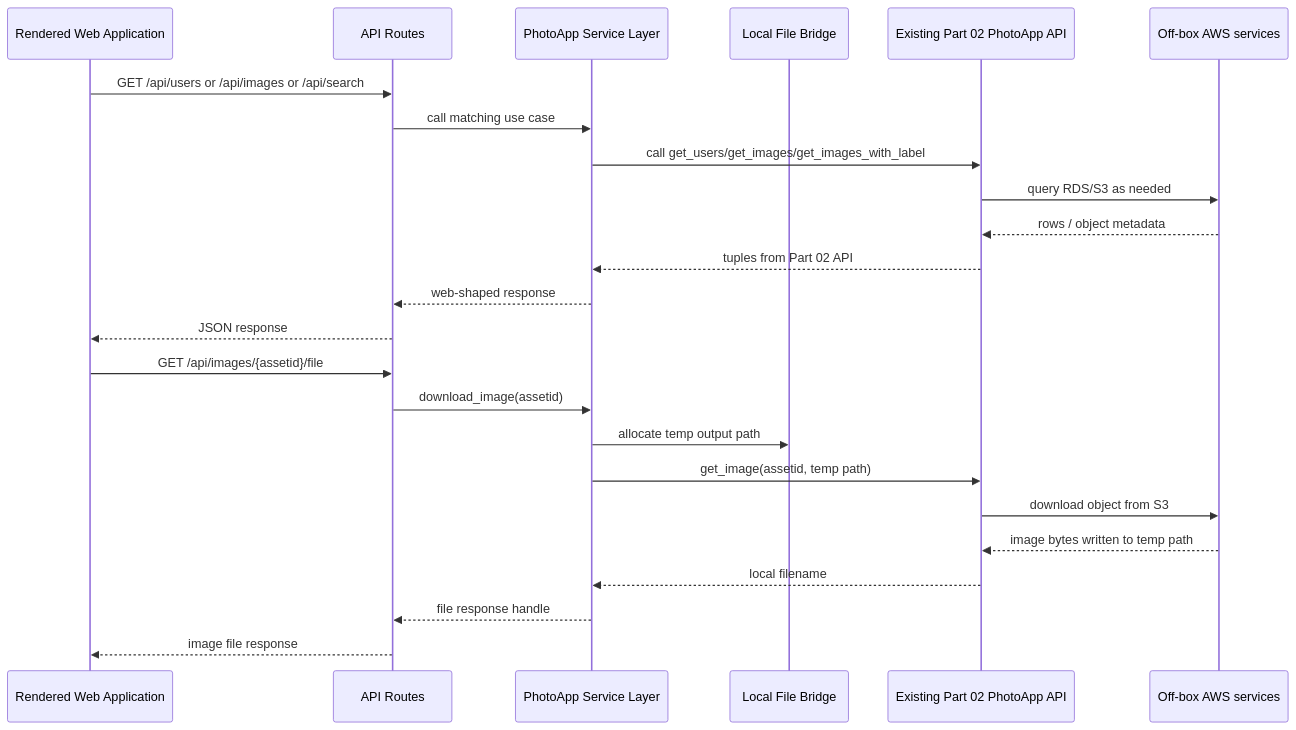
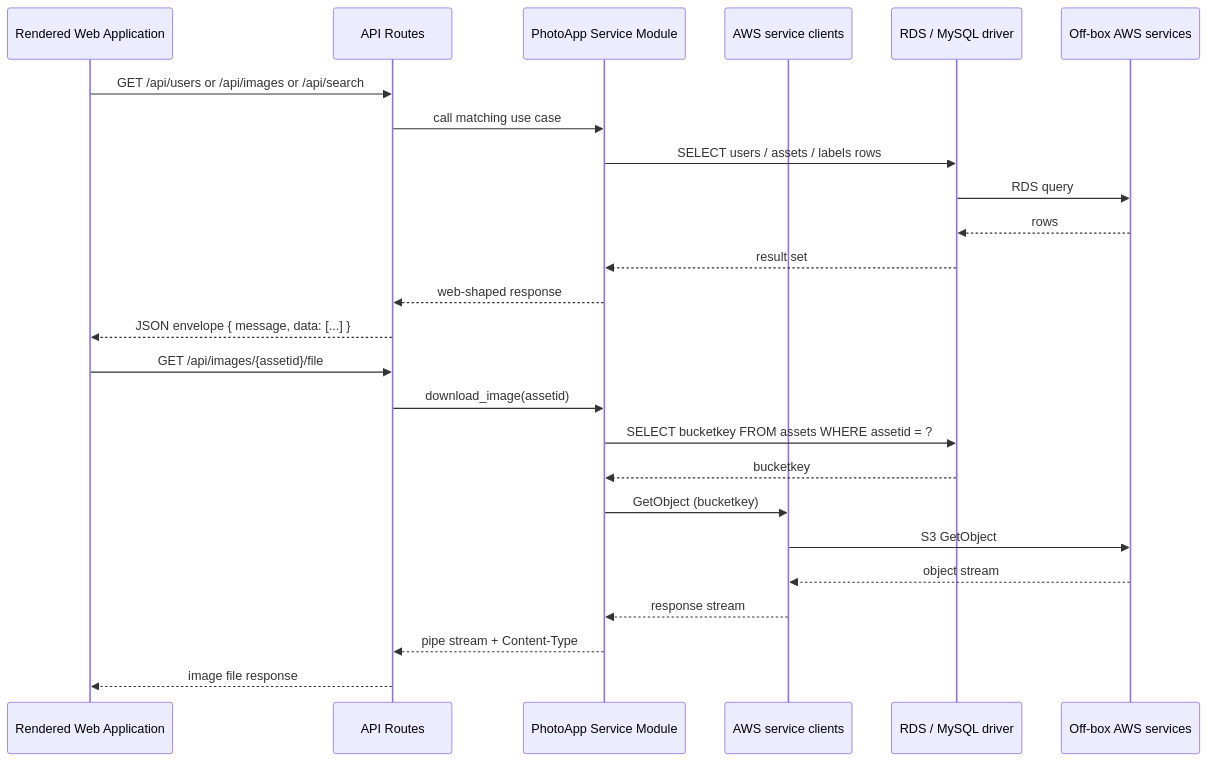
The fifth of 5 diagrams in visualizations/Target-State-project01-part03-photoapp-architecture-v1.md (ebber/MBAi460-Group1), drawn with Mermaid before and after one commit. The commit also changed other lines of this file and 8 other files, not shown here.

````diff
--- a/visualizations/Target-State-project01-part03-photoapp-architecture-v1.md
+++ b/visualizations/Target-State-project01-part03-photoapp-architecture-v1.md
@@ -269,28 +281,29 @@
 ```mermaid
 sequenceDiagram
   participant WebApp as Rendered Web Application
   participant Route as API Routes
-  participant Service as PhotoApp Service Layer
-  participant Files as Local File Bridge
-  participant Part02 as Existing Part 02 PhotoApp API
+  participant Service as PhotoApp Service Module
+  participant AWSClients as AWS service clients
+  participant DB as RDS / MySQL driver
   participant AWS as Off-box AWS services
 
   WebApp->>Route: GET /api/users or /api/images or /api/search
   Route->>Service: call matching use case
-  Service->>Part02: call get_users/get_images/get_images_with_label
-  Part02->>AWS: query RDS/S3 as needed
-  AWS-->>Part02: rows / object metadata
-  Part02-->>Service: tuples from Part 02 API
+  Service->>DB: SELECT users / assets / labels rows
+  DB->>AWS: RDS query
+  AWS-->>DB: rows
+  DB-->>Service: result set
   Service-->>Route: web-shaped response
-  Route-->>WebApp: JSON response
+  Route-->>WebApp: JSON envelope { message, data: [...] }
 
   WebApp->>Route: GET /api/images/{assetid}/file
   Route->>Service: download_image(assetid)
-  Service->>Files: allocate temp output path
-  Service->>Part02: get_image(assetid, temp path)
-  Part02->>AWS: download object from S3
-  AWS-->>Part02: image bytes written to temp path
-  Part02-->>Service: local filename
-  Service-->>Route: file response handle
+  Service->>DB: SELECT bucketkey FROM assets WHERE assetid = ?
+  DB-->>Service: bucketkey
+  Service->>AWSClients: GetObject (bucketkey)
+  AWSClients->>AWS: S3 GetObject
+  AWS-->>AWSClients: object stream
+  AWSClients-->>Service: response stream
+  Service-->>Route: pipe stream + Content-Type
   Route-->>WebApp: image file response
 ```
````
